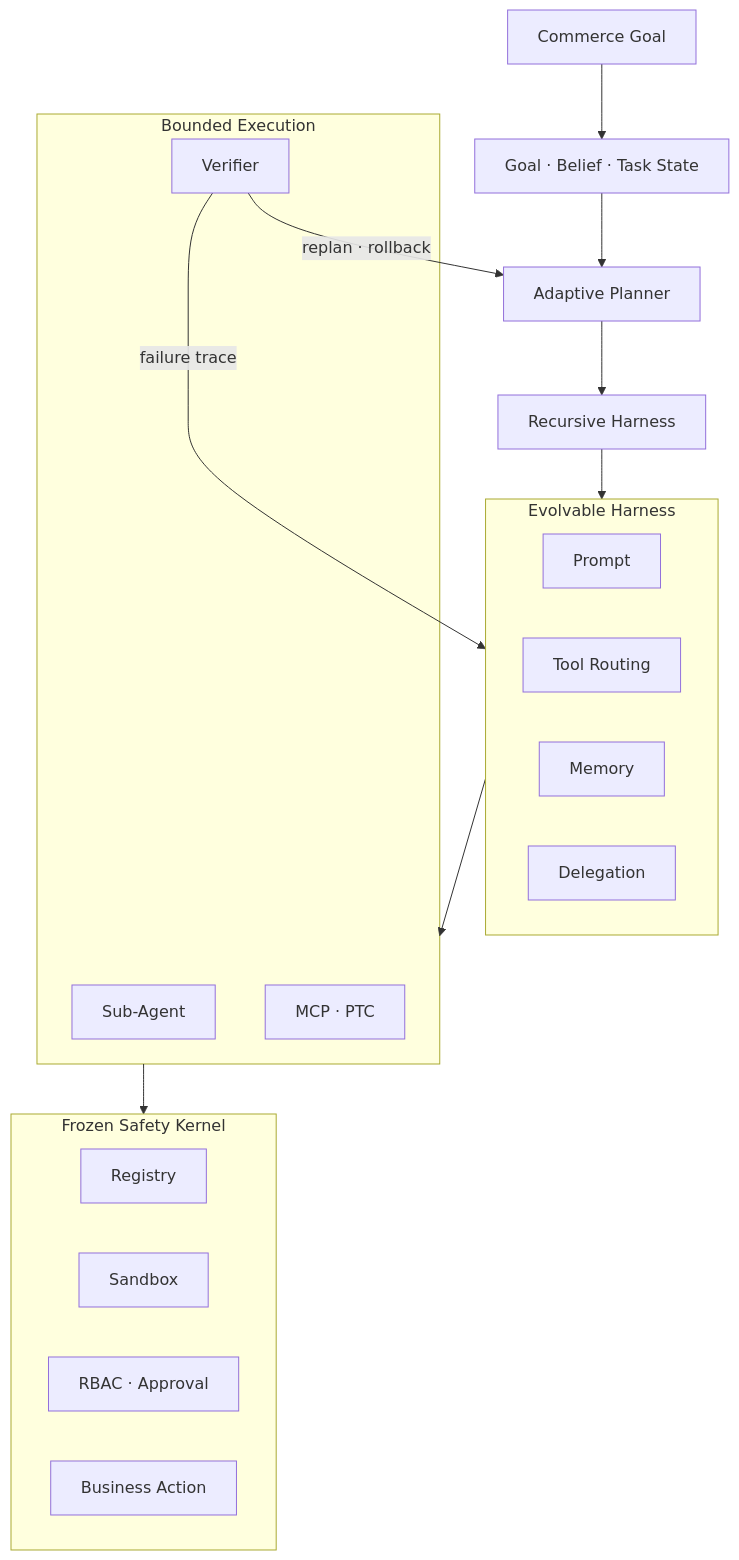
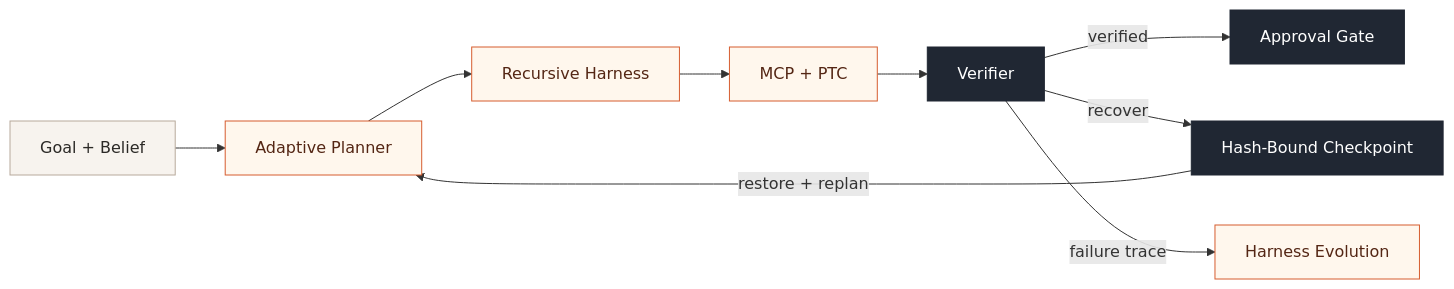
One commit to jiaweine/EcomEvo-Harness changed the first of 4 diagrams in README.md. Above: the diagram before and after it, drawn with Mermaid. The commit also changed other lines of this file and 7 other files, not shown here.

First line of the commit message:
Refine product typography, runtime flow, and README

````diff
--- a/README.md
+++ b/README.md
@@ -38,32 +38,18 @@
 ```mermaid
-flowchart TB
-    GOAL[Commerce Goal] --> STATE[Goal · Belief · Task State]
-    STATE --> PLAN[Adaptive Planner]
+flowchart LR
+    STATE[Goal + Belief] --> PLAN[Adaptive Planner]
     PLAN --> HARNESS[Recursive Harness]
+    HARNESS --> EXEC[MCP + PTC]
+    EXEC --> VERIFY[Verifier]
+    VERIFY -->|verified| ACTION[Approval Gate]
+    VERIFY -->|recover| CHECKPOINT[Hash-Bound Checkpoint]
+    CHECKPOINT -->|restore + replan| PLAN
+    VERIFY -->|failure trace| EVOLUTION[Harness Evolution]
 
-    subgraph EVOLVE[Evolvable Harness]
-        PROMPT[Prompt]
-        TOOL[Tool Routing]
-        MEMORY[Memory]
-        DELEGATE[Delegation]
-    end
-
-    subgraph EXEC[Bounded Execution]
-        AGENT[Sub-Agent]
-        PTC[MCP · PTC]
-        CHECK[Verifier]
-    end
-
-    subgraph KERNEL[Frozen Safety Kernel]
-        REGISTRY[Registry]
-        SANDBOX[Sandbox]
-        RBAC[RBAC · Approval]
-        ACTION[Business Action]
-    end
-
-    HARNESS --> EVOLVE
-    EVOLVE --> EXEC
-    EXEC --> KERNEL
-    CHECK -->|replan · rollback| PLAN
-    CHECK -->|failure trace| EVOLVE
+    classDef state fill:#f7f3ee,stroke:#b7a99b,color:#2b2926
+    classDef cognition fill:#fff7ed,stroke:#d65d2f,color:#542614
+    classDef safety fill:#202733,stroke:#202733,color:#ffffff
+    class STATE state
+    class PLAN,HARNESS,EXEC,EVOLUTION cognition
+    class VERIFY,ACTION,CHECKPOINT safety
 ```
````
